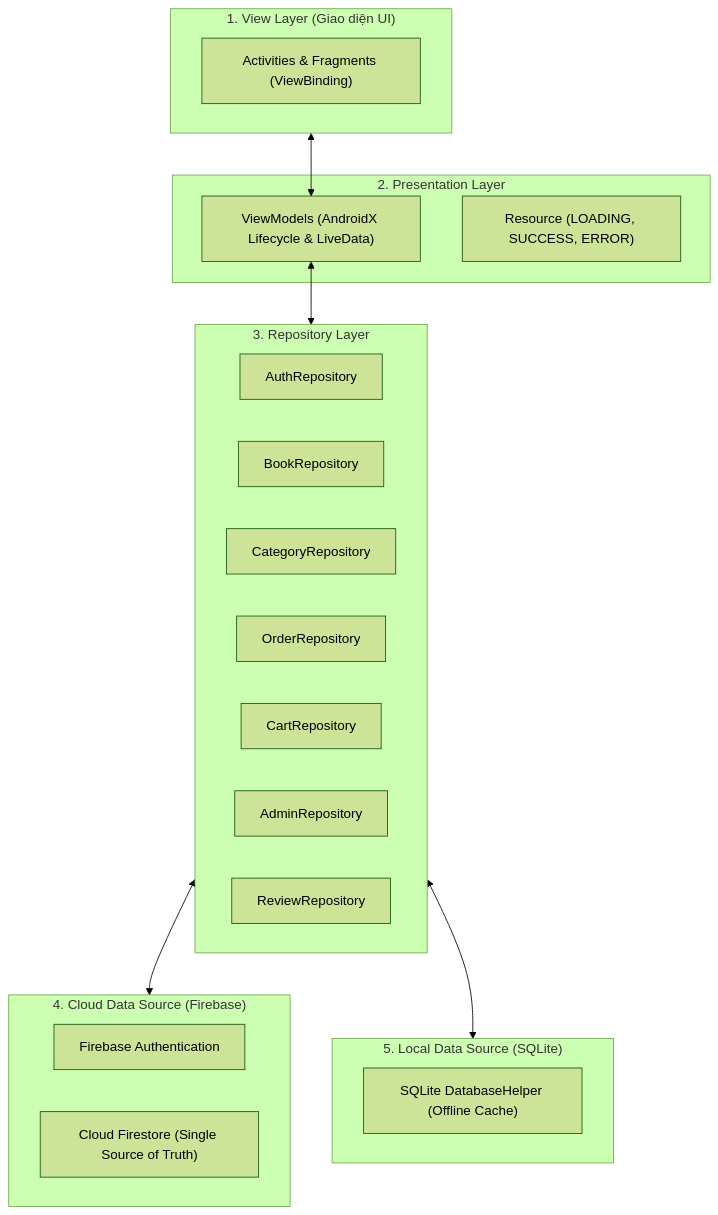
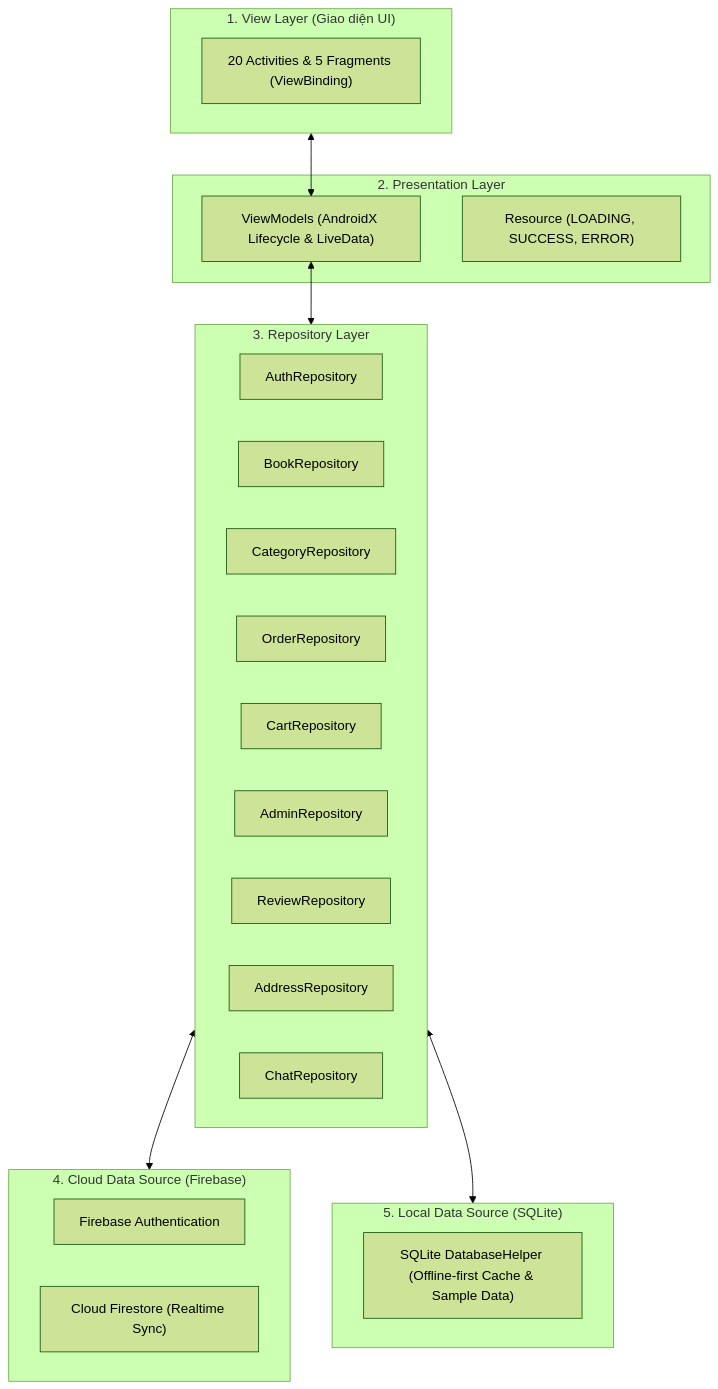
Before and after one commit to Utabus/BookStoreApp: the diagram in README.md, drawn with Mermaid (forest theme). The commit also changed other lines of this file and 24 other files, not shown here.

````diff
--- a/README.md
+++ b/README.md
@@ -30,35 +72,37 @@
 ```mermaid
 graph TD
     subgraph UI["1. View Layer (Giao diện UI)"]
-        Activity["Activities & Fragments (ViewBinding)"]
+        Activity["20 Activities & 5 Fragments (ViewBinding)"]
     end
 
     subgraph ViewModel["2. Presentation Layer"]
         VM["ViewModels (AndroidX Lifecycle & LiveData)"]
         Res["Resource<T> (LOADING, SUCCESS, ERROR)"]
     end
 
     subgraph Repository["3. Repository Layer"]
         AuthRepo["AuthRepository"]
         BookRepo["BookRepository"]
         CatRepo["CategoryRepository"]
         OrderRepo["OrderRepository"]
         CartRepo["CartRepository"]
         AdminRepo["AdminRepository"]
         ReviewRepo["ReviewRepository"]
+        AddrRepo["AddressRepository"]
+        ChatRepo["ChatRepository"]
     end
 
     subgraph Remote["4. Cloud Data Source (Firebase)"]
         FB_Auth["Firebase Authentication"]
-        FB_Store["Cloud Firestore (Single Source of Truth)"]
+        FB_Store["Cloud Firestore (Realtime Sync)"]
     end
 
     subgraph Local["5. Local Data Source (SQLite)"]
-        DB["SQLite DatabaseHelper (Offline Cache)"]
+        DB["SQLite DatabaseHelper (Offline-first Cache & Sample Data)"]
     end
 
     UI <--> VM
     VM <--> Repository
     Repository <--> Remote
     Repository <--> Local
 ```
````
